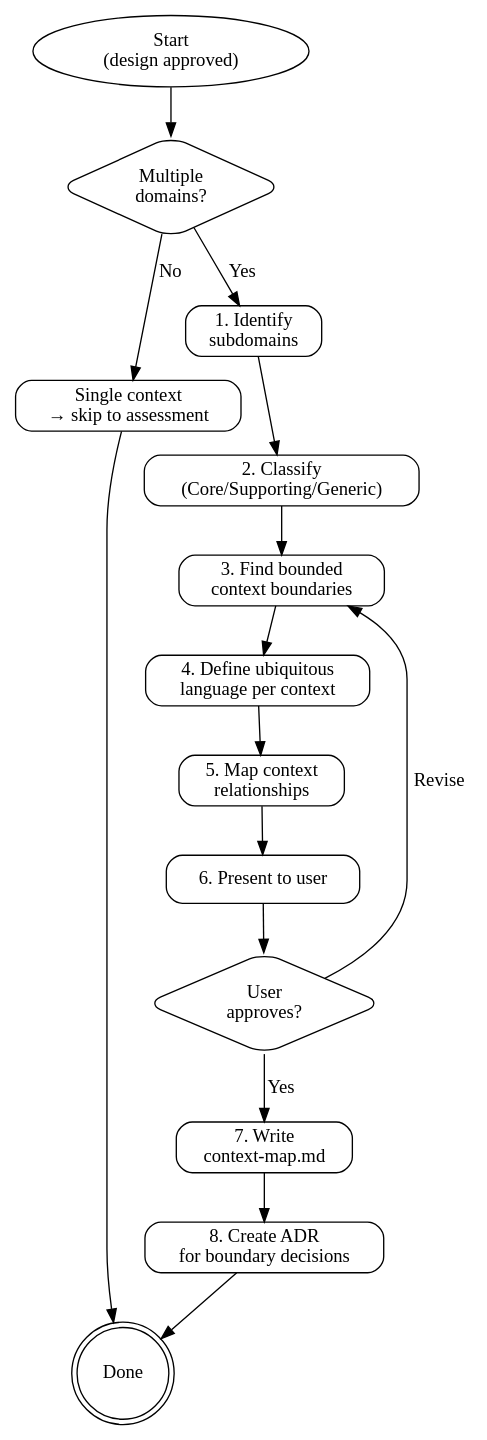
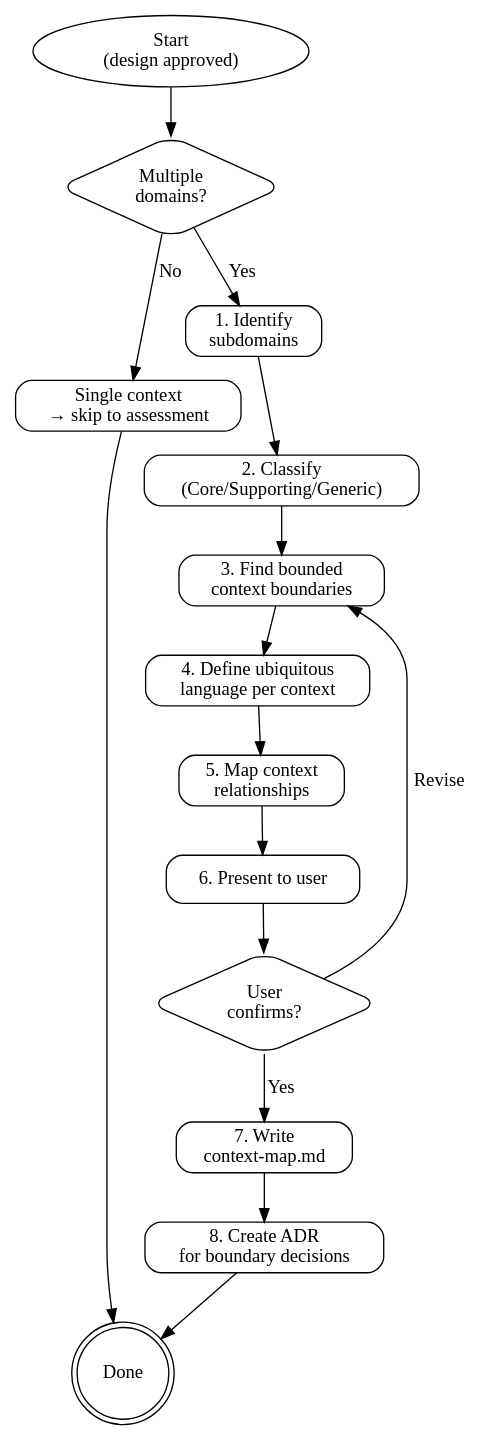
Before and after one commit to florian23/superflowers: the diagram in skills/bounded-context-design/SKILL.md, drawn with Graphviz. The commit also changed other lines of this file and 31 other files, not shown here.

````diff
--- a/skills/bounded-context-design/SKILL.md
+++ b/skills/bounded-context-design/SKILL.md
@@ -42,35 +42,35 @@
 ```dot
 digraph bounded_context {
   rankdir=TB;
   node [shape=box, style=rounded];
 
   start [shape=ellipse, label="Start\n(design approved)"];
   needs_bc [shape=diamond, label="Multiple\ndomains?"];
   skip [label="Single context\n→ skip to assessment"];
   identify_subdomains [label="1. Identify\nsubdomains"];
   classify [label="2. Classify\n(Core/Supporting/Generic)"];
   find_boundaries [label="3. Find bounded\ncontext boundaries"];
   define_language [label="4. Define ubiquitous\nlanguage per context"];
   map_relationships [label="5. Map context\nrelationships"];
   present [label="6. Present to user"];
-  user_ok [shape=diamond, label="User\napproves?"];
+  user_ok [shape=diamond, label="User\nconfirms?"];
   write [label="7. Write\ncontext-map.md"];
   adr [label="8. Create ADR\nfor boundary decisions"];
   done [shape=doublecircle, label="Done"];
 
   start -> needs_bc;
   needs_bc -> skip [label="No"];
   needs_bc -> identify_subdomains [label="Yes"];
   skip -> done;
   identify_subdomains -> classify;
   classify -> find_boundaries;
   find_boundaries -> define_language;
   define_language -> map_relationships;
   map_relationships -> present;
   present -> user_ok;
   user_ok -> write [label="Yes"];
   user_ok -> find_boundaries [label="Revise"];
   write -> adr;
   adr -> done;
 }
 ```
````
